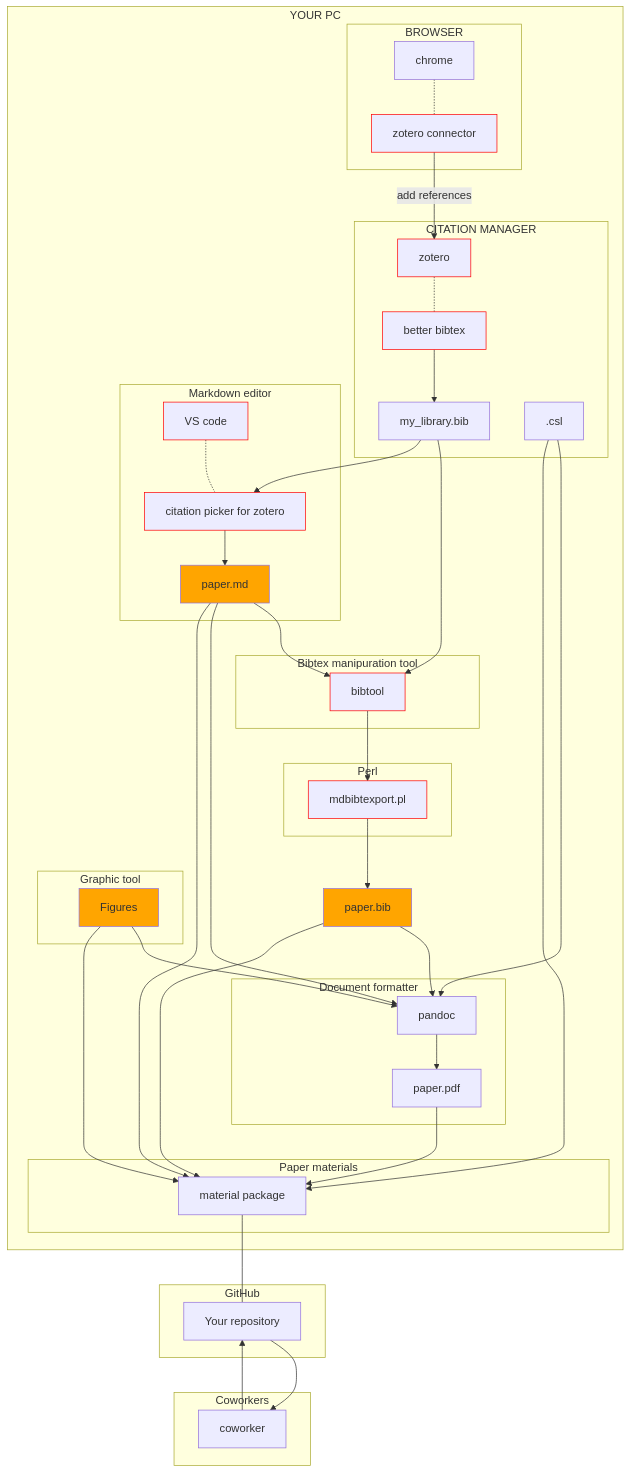
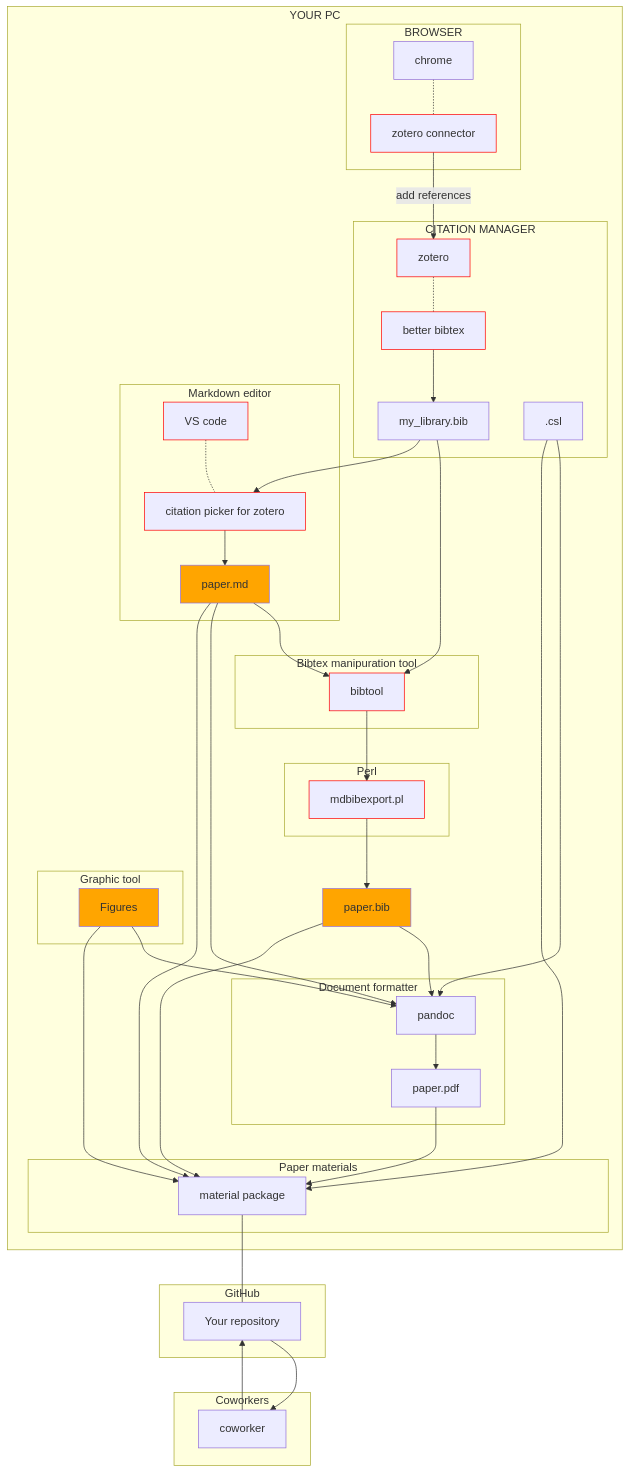
One commit to yamato97/science changed the diagram in writing_paper.md. Above: the diagram before and after it, drawn with Mermaid. The commit also changed other lines of this file and 3 other files, not shown here.

```diff
--- a/writing_paper.md
+++ b/writing_paper.md
@@ -52,7 +56,7 @@
 end
 
 subgraph Perl
-AAA[mdbibtexport.pl]
+AAA[mdbibexport.pl]
 click AAA "https://github.com/robert-winkler/mdbibexport"
 end
 
```
